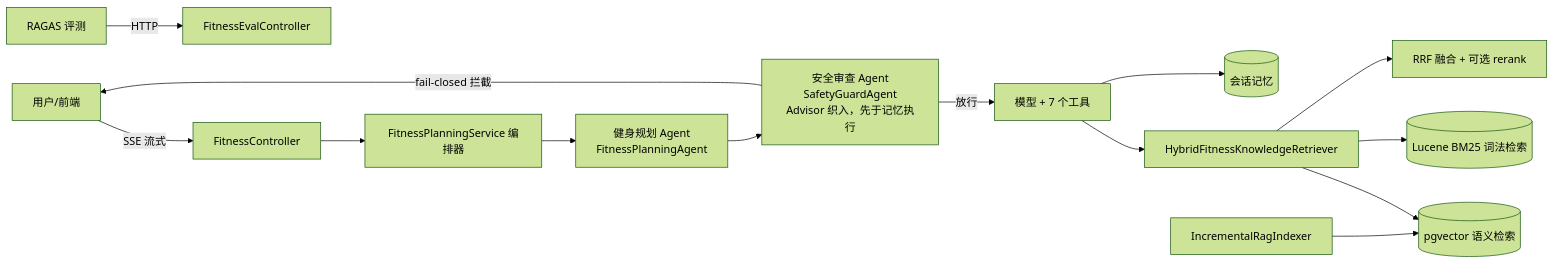
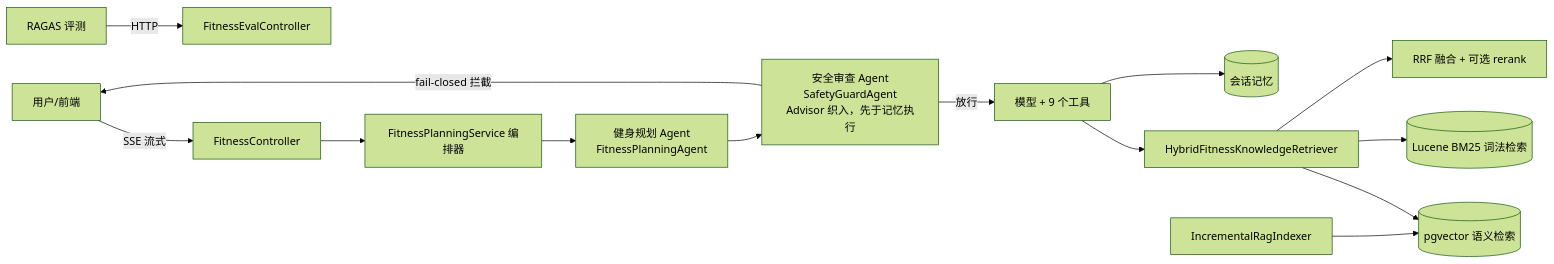
One commit to Hezhu-Cyber/fitplan-agent changed the diagram in README.md. Above: the diagram before and after it, drawn with Mermaid (forest theme). The commit also changed other lines of this file and 72 other files, not shown here.

````diff
--- a/README.md
+++ b/README.md
@@ -35,16 +47,16 @@
 ```mermaid
 flowchart LR
     U[用户/前端] -->|SSE 流式| C[FitnessController]
     C --> P[FitnessPlanningService 编排器]
     P --> A1[健身规划 Agent<br/>FitnessPlanningAgent]
     A1 --> S[安全审查 Agent<br/>SafetyGuardAgent<br/>Advisor 织入，先于记忆执行]
     S -->|fail-closed 拦截| U
-    S -->|放行| M[模型 + 7 个工具]
+    S -->|放行| M[模型 + 9 个工具]
     M --> K[HybridFitnessKnowledgeRetriever]
     K --> D[(pgvector 语义检索)]
     K --> L[(Lucene BM25 词法检索)]
     K --> R[RRF 融合 + 可选 rerank]
     M --> MEM[(会话记忆)]
     I[IncrementalRagIndexer] --> D
     E[RAGAS 评测] -->|HTTP| EC[FitnessEvalController]
 ```
````
